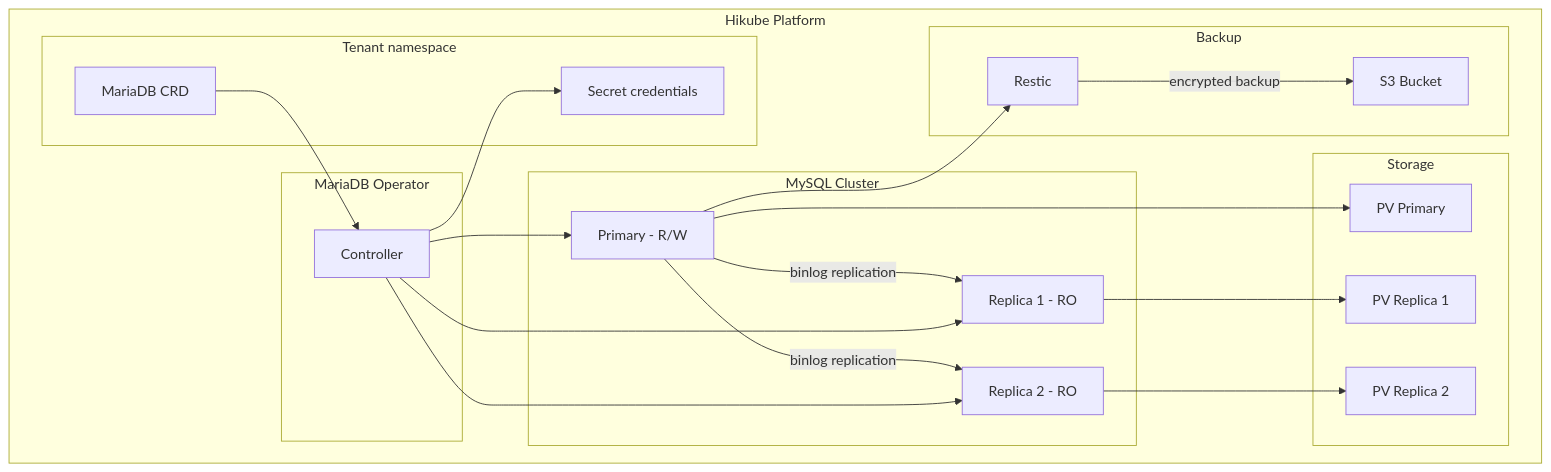
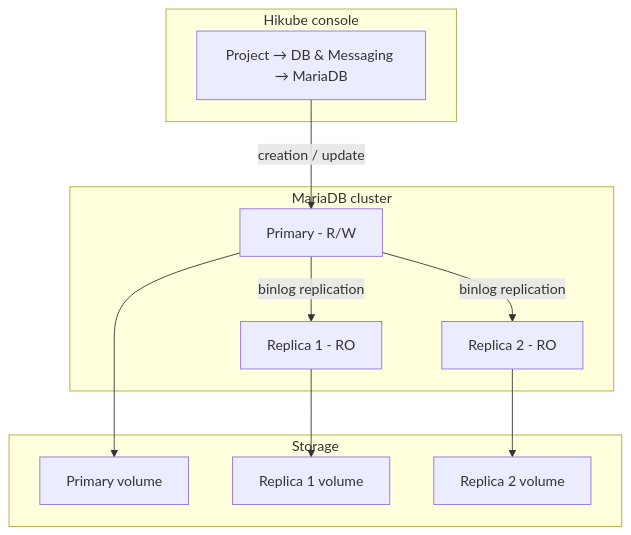
The first of 2 diagrams in i18n/en/docusaurus-plugin-content-docs/current/services/databases/mariadb/concepts.md (HidoraSwiss/hikube-public-doc), drawn with Mermaid before and after one commit. The commit also changed other lines of this file and 148 other files, not shown here.

````diff
--- a/i18n/en/docusaurus-plugin-content-docs/current/services/databases/mariadb/concepts.md
+++ b/i18n/en/docusaurus-plugin-content-docs/current/services/databases/mariadb/concepts.md
@@ -12,43 +12,25 @@
 ```mermaid
 graph TB
-    subgraph "Hikube Platform"
-        subgraph "Tenant namespace"
-            CR[MariaDB CRD]
-            SEC[Secret credentials]
-        end
-
-        subgraph "MariaDB Operator"
-            OP[Controller]
-        end
-
-        subgraph "MySQL Cluster"
-            P[Primary - R/W]
-            R1[Replica 1 - RO]
-            R2[Replica 2 - RO]
-        end
-
-        subgraph "Storage"
-            PV1[PV Primary]
-            PV2[PV Replica 1]
-            PV3[PV Replica 2]
-        end
-
-        subgraph "Backup"
-            S3[S3 Bucket]
-            RES[Restic]
-        end
+    subgraph "Hikube console"
+        UI[Project → DB & Messaging → MariaDB]
     end
 
-    CR --> OP
-    OP --> P
-    OP --> R1
-    OP --> R2
+    subgraph "MariaDB cluster"
+        P[Primary - R/W]
+        R1[Replica 1 - RO]
+        R2[Replica 2 - RO]
+    end
+
+    subgraph "Storage"
+        PV1[Primary volume]
+        PV2[Replica 1 volume]
+        PV3[Replica 2 volume]
+    end
+
+    UI -->|creation / update| P
     P -->|binlog replication| R1
     P -->|binlog replication| R2
     P --> PV1
     R1 --> PV2
     R2 --> PV3
-    RES -->|encrypted backup| S3
-    P --> RES
-    OP --> SEC
 ```
````
